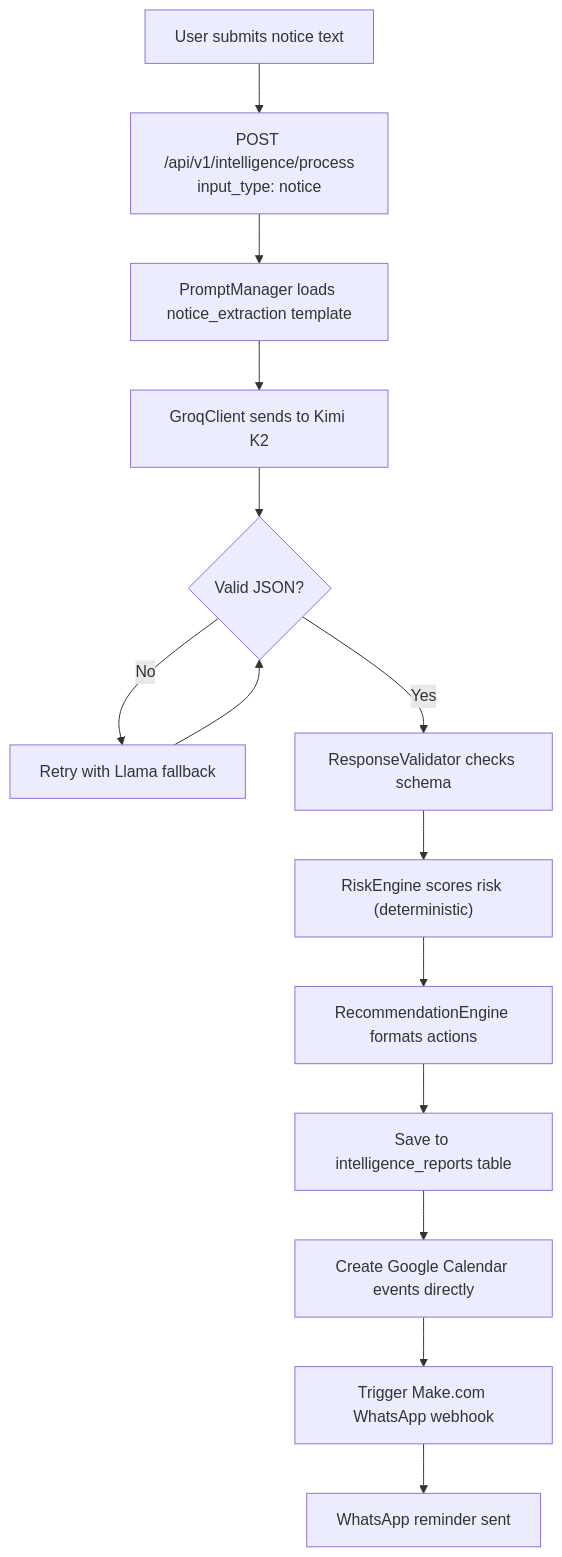
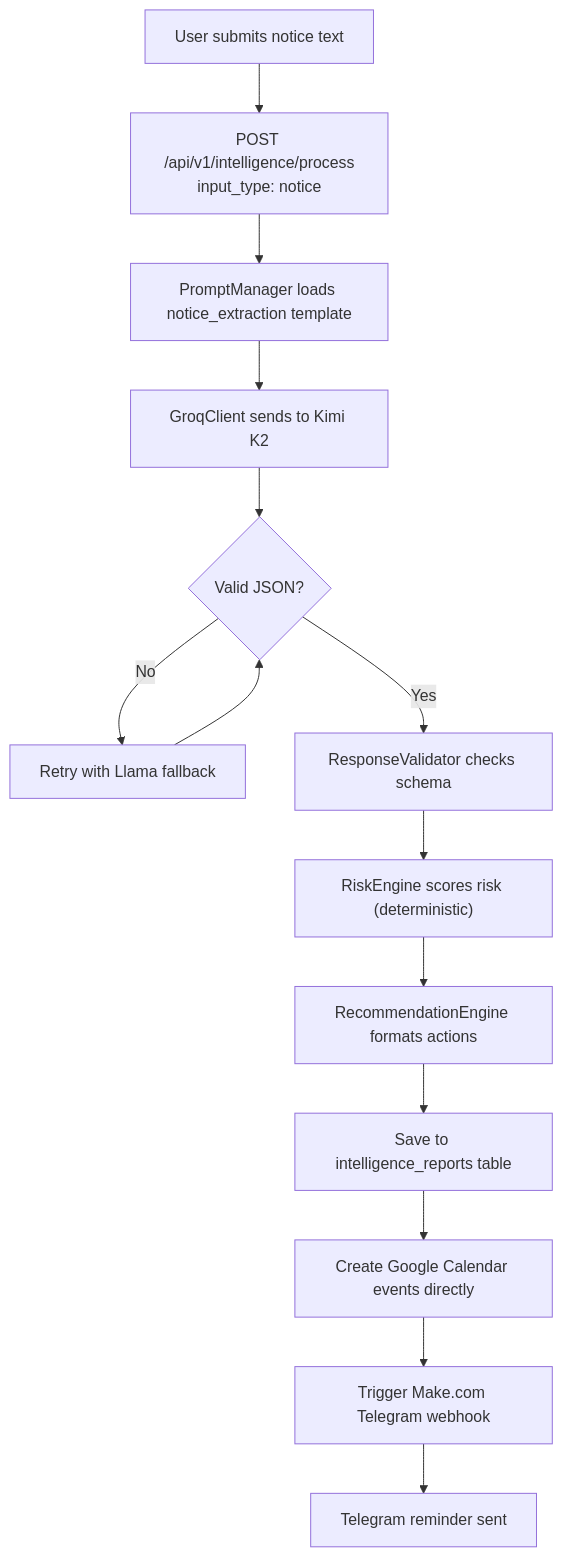
Before and after one commit to AdharshJolly/Academix: the sixth of 9 diagrams in docs/ARCHITECTURE.md, drawn with Mermaid. The commit also changed other lines of this file and 9 other files, not shown here.

First line of the commit message:
Refactor CampusFlow to replace WhatsApp with Telegram for reminders and notifications

````diff
--- a/docs/ARCHITECTURE.md
+++ b/docs/ARCHITECTURE.md
@@ -167,16 +167,16 @@
 ```mermaid
 flowchart TD
     A["User submits notice text"] --> B["POST /api/v1/intelligence/process\ninput_type: notice"]
     B --> C["PromptManager loads notice_extraction template"]
     C --> D["GroqClient sends to Kimi K2"]
     D --> E{Valid JSON?}
     E -- No --> F["Retry with Llama fallback"]
     F --> E
     E -- Yes --> G["ResponseValidator checks schema"]
     G --> H["RiskEngine scores risk (deterministic)"]
     H --> I["RecommendationEngine formats actions"]
     I --> J["Save to intelligence_reports table"]
     J --> K["Create Google Calendar events directly"]
-    K --> L["Trigger Make.com WhatsApp webhook"]
-    L --> M["WhatsApp reminder sent"]
+    K --> L["Trigger Make.com Telegram webhook"]
+    L --> M["Telegram reminder sent"]
 ```
````
